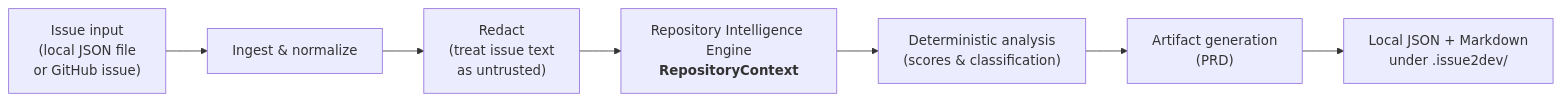
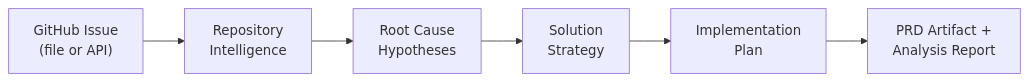
Before and after one commit to sinhoneyy/issue2dev: the first of 2 diagrams in README.md, drawn with Mermaid. The commit also changed other lines of this file and 2 other files, not shown here.

Commit message:
docs: update README for diagnostic analysis output

````diff
--- a/README.md
+++ b/README.md
@@ -74,9 +74,8 @@
 ```mermaid
 flowchart LR
-  A["Issue input<br/>(local JSON file<br/>or GitHub issue)"] --> B["Ingest &amp; normalize"]
-  B --> C["Redact<br/>(treat issue text<br/>as untrusted)"]
-  C --> D["Repository Intelligence Engine<br/><b>RepositoryContext</b>"]
-  D --> E["Deterministic analysis<br/>(scores &amp; classification)"]
-  E --> F["Artifact generation<br/>(PRD)"]
-  F --> G["Local JSON + Markdown<br/>under .issue2dev/"]
+  A["GitHub Issue<br/>(file or API)"] --> B["Repository<br/>Intelligence"]
+  B --> C["Root Cause<br/>Hypotheses"]
+  C --> D["Solution<br/>Strategy"]
+  D --> E["Implementation<br/>Plan"]
+  E --> F["PRD Artifact +<br/>Analysis Report"]
 ```
````
